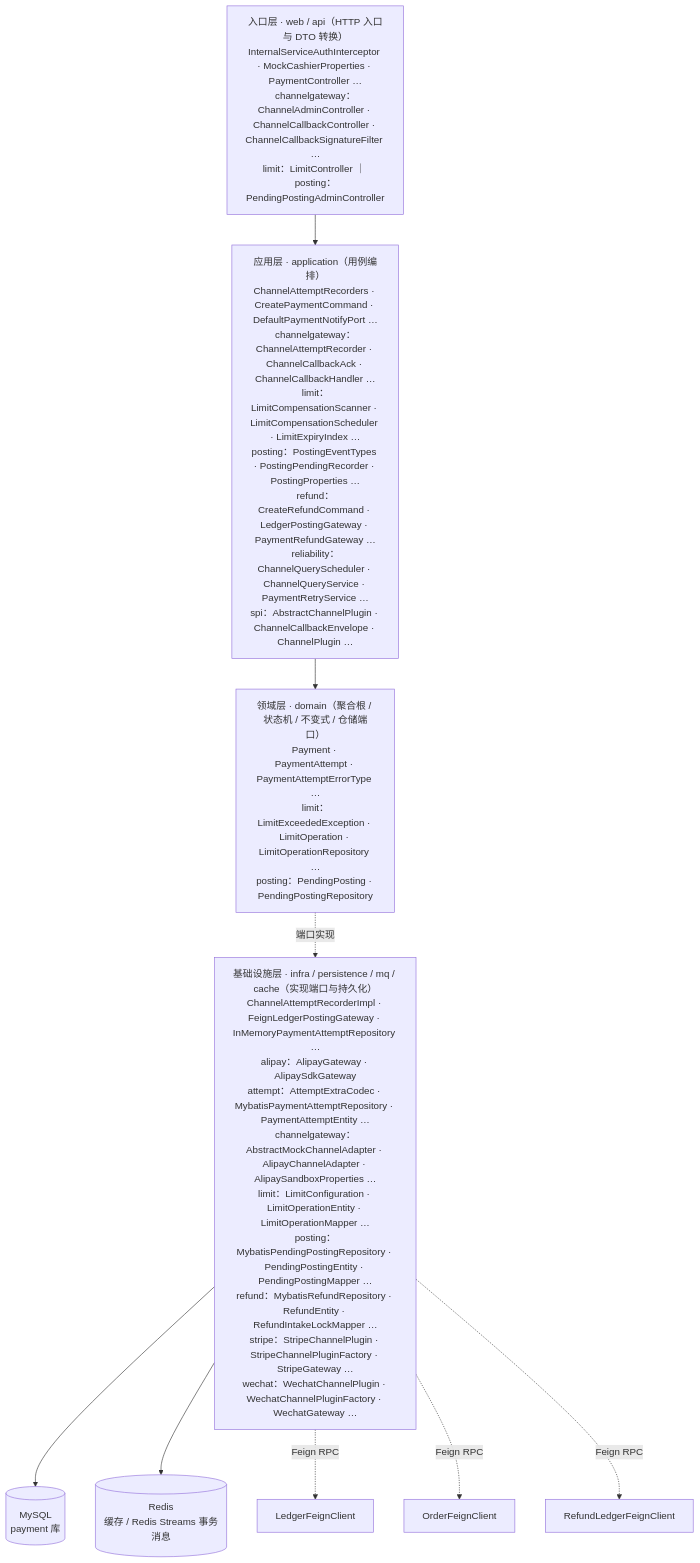
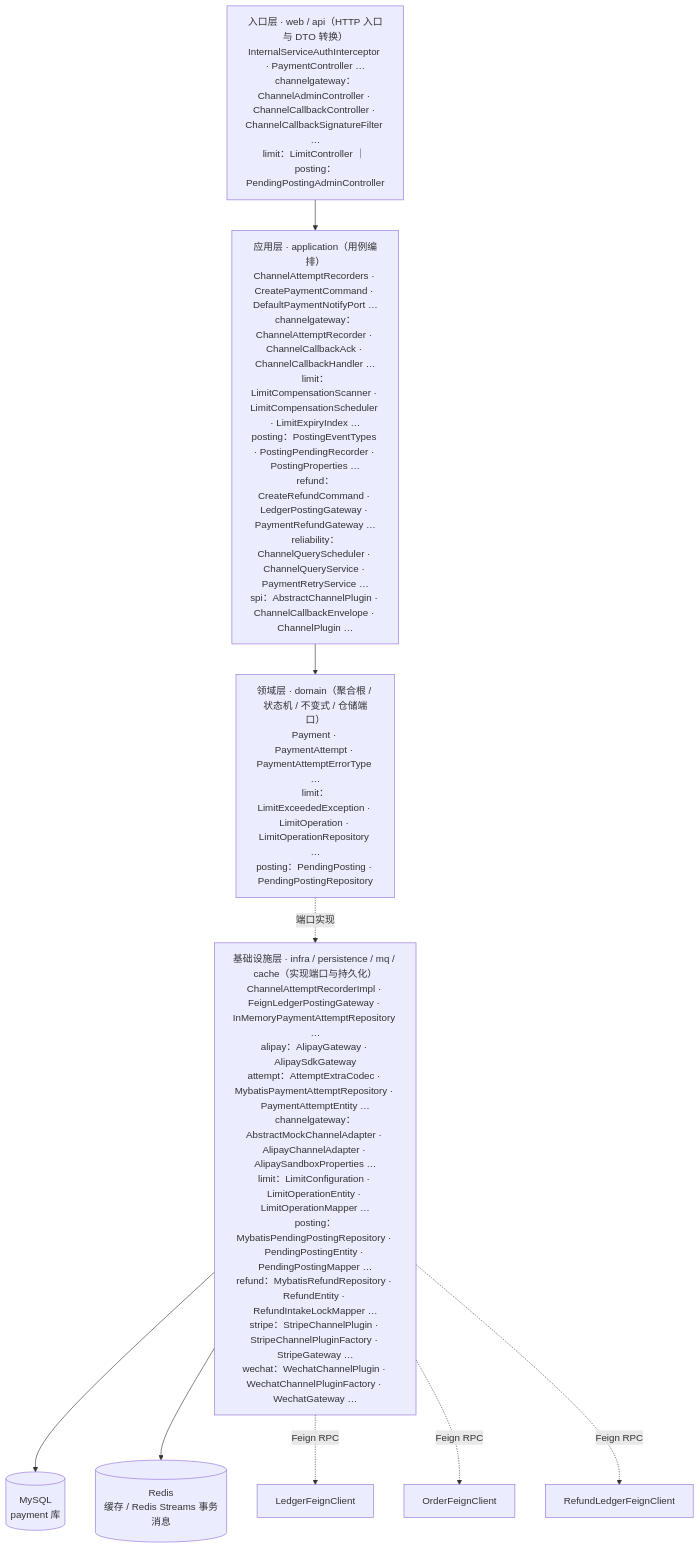
One commit to ckcky/Payment changed the first of 6 diagrams in docs/architecture/systems/payment-service.md. Above: the diagram before and after it, drawn with Mermaid. The commit also changed other lines of this file and 30 other files, not shown here.

````diff
--- a/docs/architecture/systems/payment-service.md
+++ b/docs/architecture/systems/payment-service.md
@@ -65,20 +65,20 @@
 ```mermaid
 flowchart TB
-    INBOUND["入口层 · web / api（HTTP 入口与 DTO 转换）<br/>InternalServiceAuthInterceptor · MockCashierProperties · PaymentController …<br/>channelgateway：ChannelAdminController · ChannelCallbackController · ChannelCallbackSignatureFilter …<br/>limit：LimitController ｜ posting：PendingPostingAdminController"]
+    INBOUND["入口层 · web / api（HTTP 入口与 DTO 转换）<br/>InternalServiceAuthInterceptor · PaymentController …<br/>channelgateway：ChannelAdminController · ChannelCallbackController · ChannelCallbackSignatureFilter …<br/>limit：LimitController ｜ posting：PendingPostingAdminController"]
     APP["应用层 · application（用例编排）<br/>ChannelAttemptRecorders · CreatePaymentCommand · DefaultPaymentNotifyPort …<br/>channelgateway：ChannelAttemptRecorder · ChannelCallbackAck · ChannelCallbackHandler …<br/>limit：LimitCompensationScanner · LimitCompensationScheduler · LimitExpiryIndex …<br/>posting：PostingEventTypes · PostingPendingRecorder · PostingProperties …<br/>refund：CreateRefundCommand · LedgerPostingGateway · PaymentRefundGateway …<br/>reliability：ChannelQueryScheduler · ChannelQueryService · PaymentRetryService …<br/>spi：AbstractChannelPlugin · ChannelCallbackEnvelope · ChannelPlugin …"]
     DOMAIN["领域层 · domain（聚合根 / 状态机 / 不变式 / 仓储端口）<br/>Payment · PaymentAttempt · PaymentAttemptErrorType …<br/>limit：LimitExceededException · LimitOperation · LimitOperationRepository …<br/>posting：PendingPosting · PendingPostingRepository"]
     INFRA["基础设施层 · infra / persistence / mq / cache（实现端口与持久化）<br/>ChannelAttemptRecorderImpl · FeignLedgerPostingGateway · InMemoryPaymentAttemptRepository …<br/>alipay：AlipayGateway · AlipaySdkGateway<br/>attempt：AttemptExtraCodec · MybatisPaymentAttemptRepository · PaymentAttemptEntity …<br/>channelgateway：AbstractMockChannelAdapter · AlipayChannelAdapter · AlipaySandboxProperties …<br/>limit：LimitConfiguration · LimitOperationEntity · LimitOperationMapper …<br/>posting：MybatisPendingPostingRepository · PendingPostingEntity · PendingPostingMapper …<br/>refund：MybatisRefundRepository · RefundEntity · RefundIntakeLockMapper …<br/>stripe：StripeChannelPlugin · StripeChannelPluginFactory · StripeGateway …<br/>wechat：WechatChannelPlugin · WechatChannelPluginFactory · WechatGateway …"]
     INBOUND --> APP
     APP --> DOMAIN
     DOMAIN -.->|端口实现| INFRA
     DB[("MySQL<br/>payment 库")]
     INFRA --> DB
     REDIS[("Redis<br/>缓存 / Redis Streams 事务消息")]
     INFRA --> REDIS
     LedgerFeignClient["LedgerFeignClient"]
     INFRA -.->|Feign RPC| LedgerFeignClient
     OrderFeignClient["OrderFeignClient"]
     INFRA -.->|Feign RPC| OrderFeignClient
     RefundLedgerFeignClient["RefundLedgerFeignClient"]
     INFRA -.->|Feign RPC| RefundLedgerFeignClient
 ```
````
